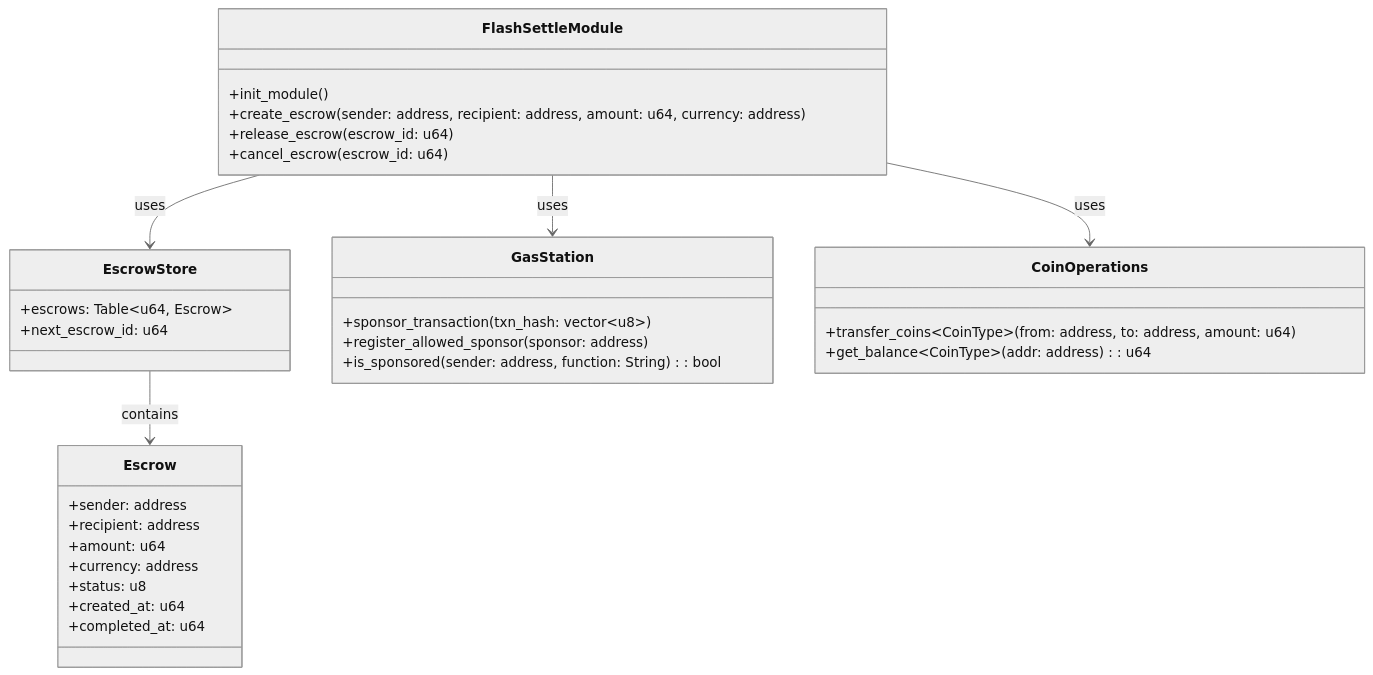
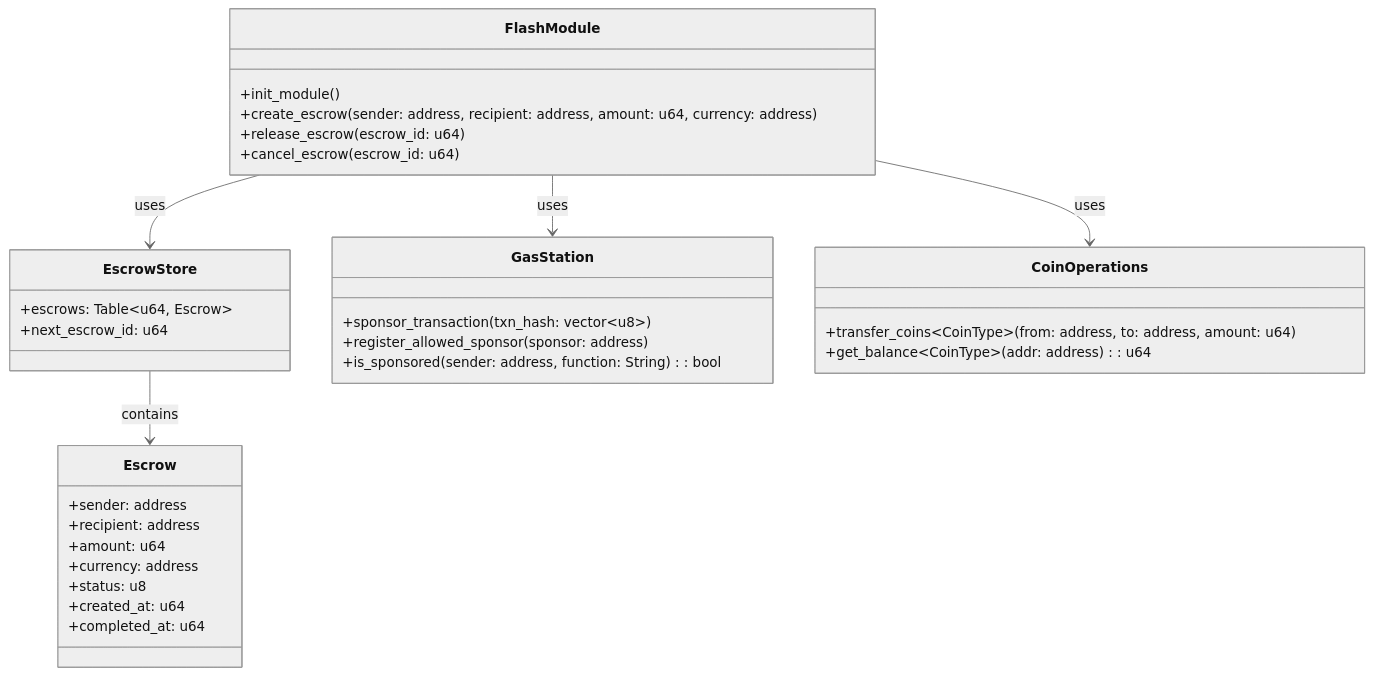
One commit to jaffarkeikei/Flash-spurhacks changed the third of 5 diagrams in docs/architecture.md. Above: the diagram before and after it, drawn with Mermaid (neutral theme). The commit also changed other lines of this file and 3 other files, not shown here.

Commit message:
docs: update branding from FlashSettle to Flash

````diff
--- a/docs/architecture.md
+++ b/docs/architecture.md
@@ -135,40 +136,40 @@
 ```mermaid
 classDiagram
-    class FlashSettleModule {
+    class FlashModule {
         +init_module()
         +create_escrow(sender: address, recipient: address, amount: u64, currency: address)
         +release_escrow(escrow_id: u64)
         +cancel_escrow(escrow_id: u64)
     }
-    
+
     class EscrowStore {
         +escrows: Table~u64, Escrow~
         +next_escrow_id: u64
     }
-    
+
     class Escrow {
         +sender: address
         +recipient: address
         +amount: u64
         +currency: address
         +status: u8
         +created_at: u64
         +completed_at: u64
     }
-    
+
     class GasStation {
         +sponsor_transaction(txn_hash: vector~u8~)
         +register_allowed_sponsor(sponsor: address)
         +is_sponsored(sender: address, function: String): bool
     }
-    
+
     class CoinOperations {
         +transfer_coins~CoinType~(from: address, to: address, amount: u64)
         +get_balance~CoinType~(addr: address): u64
     }
-    
-    FlashSettleModule --> EscrowStore : uses
+
+    FlashModule --> EscrowStore : uses
     EscrowStore --> Escrow : contains
-    FlashSettleModule --> GasStation : uses
-    FlashSettleModule --> CoinOperations : uses
+    FlashModule --> GasStation : uses
+    FlashModule --> CoinOperations : uses
 ```
````
